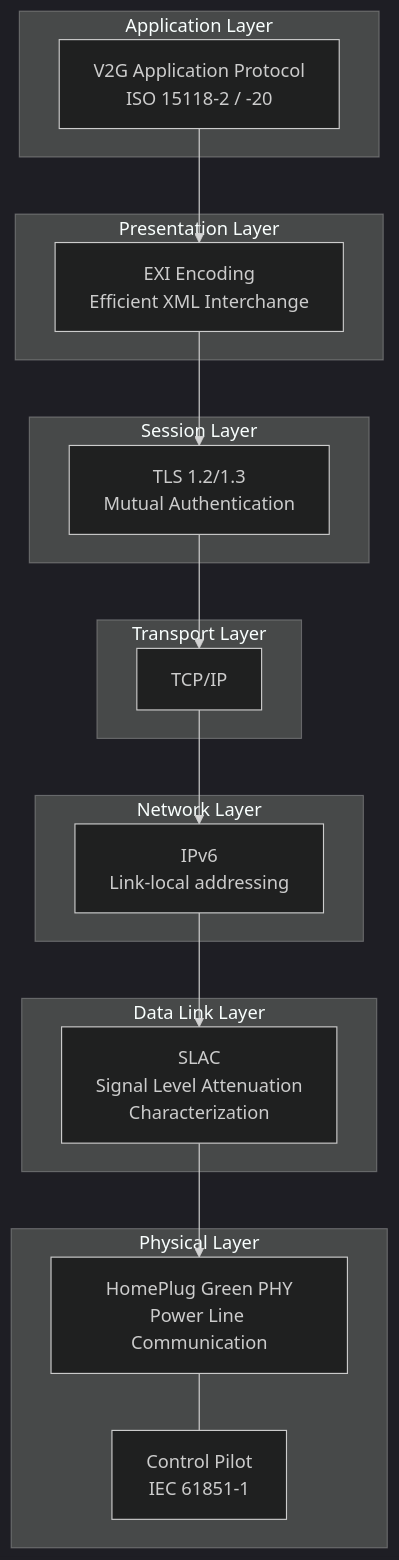
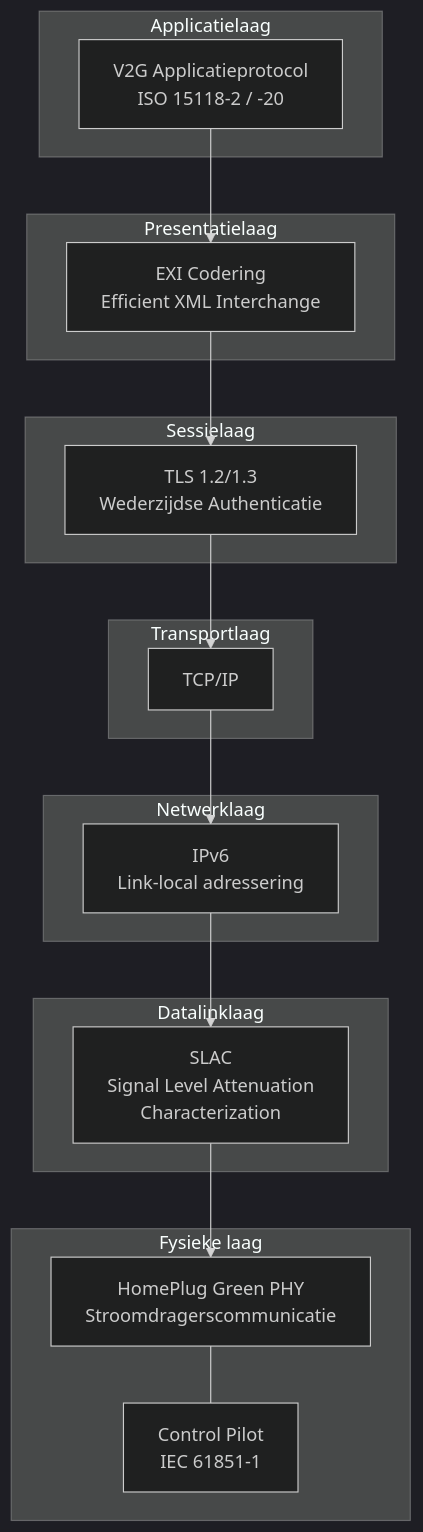
One commit to imichelena/stroomlijnen-docs changed the first of 3 diagrams in docs/technical/iso-15118.md. Above: the diagram before and after it, drawn with Mermaid (dark theme). The commit also changed other lines of this file and 11 other files, not shown here.

````diff
--- a/docs/technical/iso-15118.md
+++ b/docs/technical/iso-15118.md
@@ -26,34 +26,34 @@
 ```mermaid
 graph TB
-    subgraph "Application Layer"
-        V2G[V2G Application Protocol<br/>ISO 15118-2 / -20]
+    subgraph "Applicatielaag"
+        V2G[V2G Applicatieprotocol<br/>ISO 15118-2 / -20]
     end
 
-    subgraph "Presentation Layer"
-        EXI[EXI Encoding<br/>Efficient XML Interchange]
+    subgraph "Presentatielaag"
+        EXI[EXI Codering<br/>Efficient XML Interchange]
     end
 
-    subgraph "Session Layer"
-        TLS[TLS 1.2/1.3<br/>Mutual Authentication]
+    subgraph "Sessielaag"
+        TLS[TLS 1.2/1.3<br/>Wederzijdse Authenticatie]
     end
 
-    subgraph "Transport Layer"
+    subgraph "Transportlaag"
         TCP[TCP/IP]
     end
 
-    subgraph "Network Layer"
-        IPv6[IPv6<br/>Link-local addressing]
+    subgraph "Netwerklaag"
+        IPv6[IPv6<br/>Link-local adressering]
     end
 
-    subgraph "Data Link Layer"
+    subgraph "Datalinklaag"
         SLAC[SLAC<br/>Signal Level Attenuation<br/>Characterization]
     end
 
-    subgraph "Physical Layer"
-        PLC[HomePlug Green PHY<br/>Power Line Communication]
+    subgraph "Fysieke laag"
+        PLC[HomePlug Green PHY<br/>Stroomdragerscommunicatie]
         CP[Control Pilot<br/>IEC 61851-1]
     end
 
     V2G --> EXI --> TLS --> TCP --> IPv6 --> SLAC --> PLC
     PLC --- CP
 ```
````
